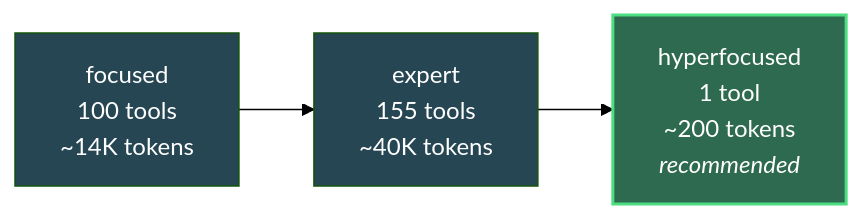
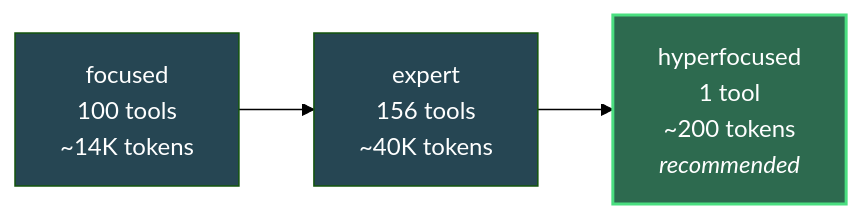
Before and after one commit to SkvallKu/vibing-steampunk: the third of 3 diagrams in README.md, drawn with Mermaid (forest theme). The commit also changed other lines of this file and 8 other files, not shown here.

````diff
--- a/README.md
+++ b/README.md
@@ -1534,8 +1534,8 @@
 ```mermaid
 graph LR
-    F["focused<br/>100 tools<br/>~14K tokens"] --> E["expert<br/>155 tools<br/>~40K tokens"]
+    F["focused<br/>100 tools<br/>~14K tokens"] --> E["expert<br/>156 tools<br/>~40K tokens"]
     E --> H["hyperfocused<br/>1 tool<br/>~200 tokens<br/><i>recommended</i>"]
     style H fill:#2d6a4f,color:#fff,stroke:#4ade80,stroke-width:2px
     style F fill:#264653,color:#fff
     style E fill:#264653,color:#fff
 ```
````
